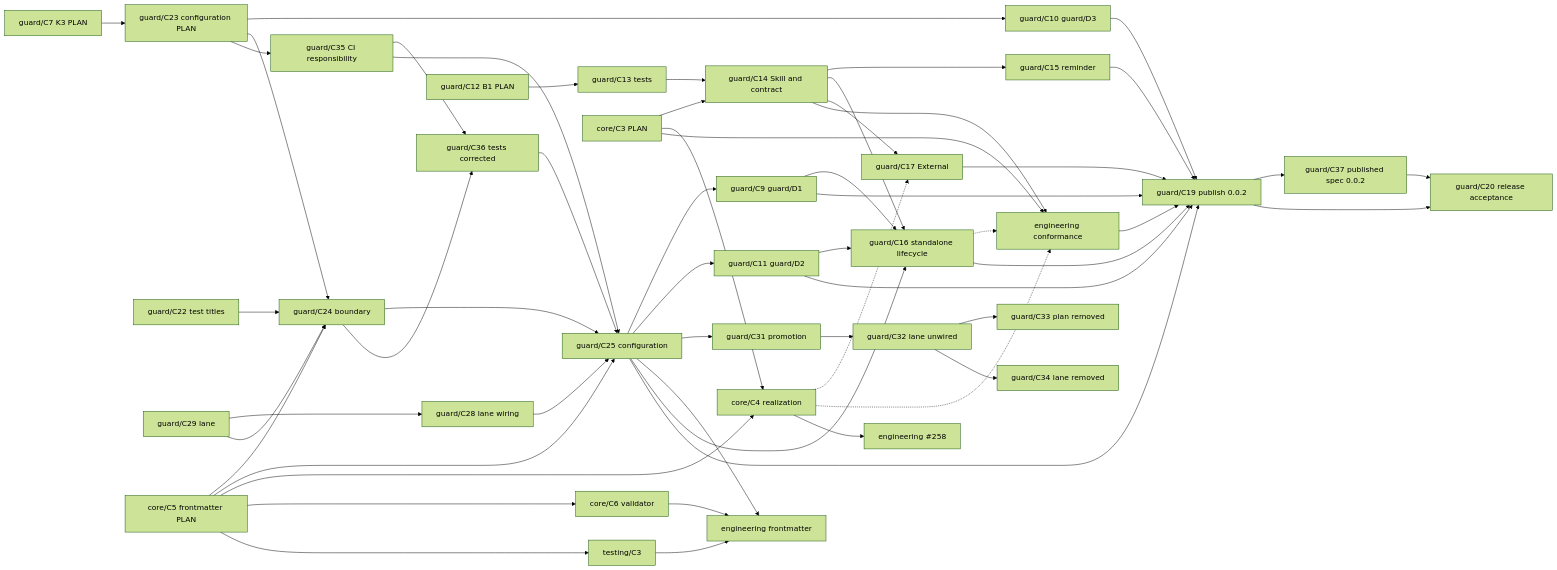
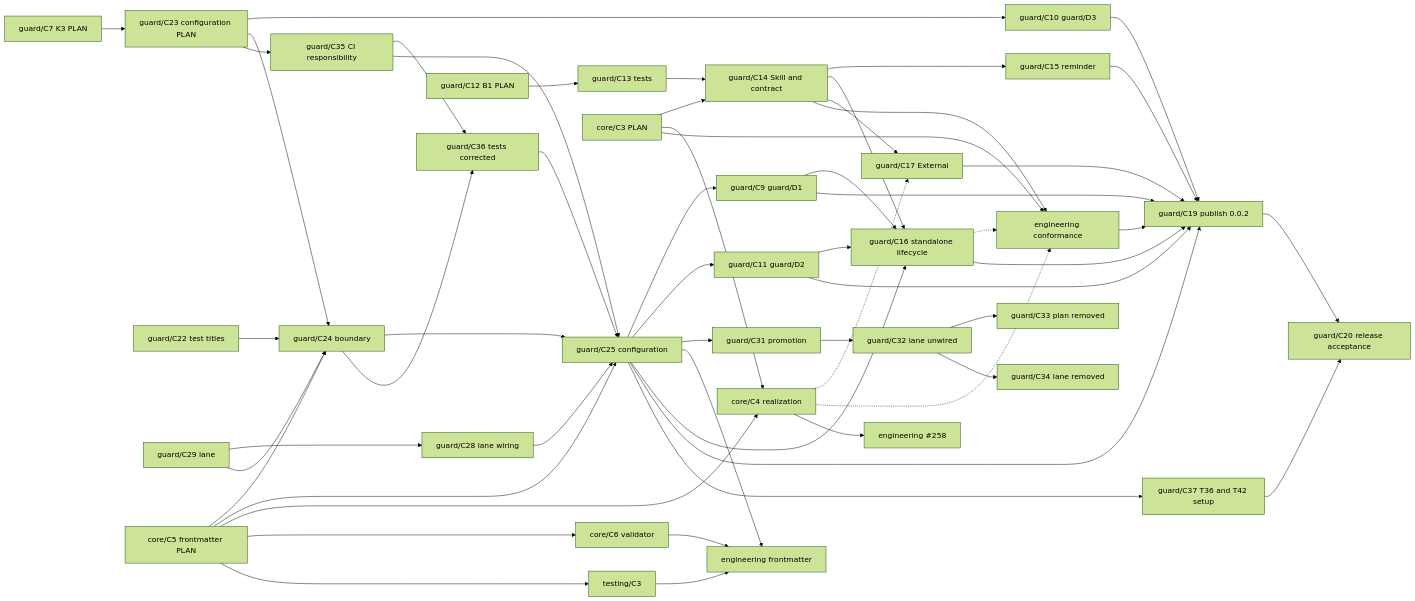
One commit to Kai-Hacks-AI/KAAL changed the diagram in engineering/guard/change.md. Above: the diagram before and after it, drawn with Mermaid (forest theme). The commit also changed other lines of this file, not shown here.

First line of the commit message:
guard/C35: guard/C37 as the boundary PLAN Change for guard/T36 and guard/T42's consumer setup

````diff
--- a/engineering/guard/change.md
+++ b/engineering/guard/change.md
@@ -224,57 +224,57 @@
 ```mermaid
 graph LR
   C7[guard/C7 K3 PLAN] --> C23[guard/C23 configuration PLAN]
   C25 --> C9[guard/C9 guard/D1]
   C23 --> C10[guard/C10 guard/D3]
   C25 --> C11[guard/C11 guard/D2]
   C22[guard/C22 test titles] --> C24[guard/C24 boundary]
   C23 --> C24
   C29[guard/C29 lane] --> C28[guard/C28 lane wiring]
   C29 --> C24
   C28 --> C25
   C24 --> C25[guard/C25 configuration]
   C23 --> C35[guard/C35 CI responsibility]
   C35 --> C36[guard/C36 tests corrected]
   C24 --> C36
   C35 --> C25
   C36 --> C25
   C25 --> C31[guard/C31 promotion]
   C31 --> C32[guard/C32 lane unwired]
   C32 --> C33[guard/C33 plan removed]
   C32 --> C34[guard/C34 lane removed]
   FM5 --> C24
   FM5 --> C25
   C25 --> FE
   C12[guard/C12 B1 PLAN] --> C13[guard/C13 tests]
   C13 --> C14[guard/C14 Skill and contract]
   CP[core/C3 PLAN] --> C14
   C14 --> C15[guard/C15 reminder]
   C14 --> C16[guard/C16 standalone lifecycle]
   C25 --> C16
   C9 --> C16
   C11 --> C16
   C14 --> C17[guard/C17 External]
   CP --> CR[core/C4 realization]
   FM5[core/C5 frontmatter PLAN] --> CR
   FM5 --> FM6[core/C6 validator]
   FM5 --> TT[testing/C3]
   FM6 --> FE[engineering frontmatter]
   TT --> FE
   CR -.-> C17
   C14 --> EC[engineering conformance]
   CP --> EC
   C16 -.-> EC
   CR -.-> EC
   CR --> EA[engineering #258]
   C9 --> C19[guard/C19 publish 0.0.2]
   C10 --> C19
   C11 --> C19
   C15 --> C19
   C16 --> C19
   C25 --> C19
   C17 --> C19
   EC --> C19
-  C19 --> C37[guard/C37 published spec 0.0.2]
+  C25 --> C37[guard/C37 T36 and T42 setup]
   C37 --> C20[guard/C20 release acceptance]
   C19 --> C20
 ```
````
